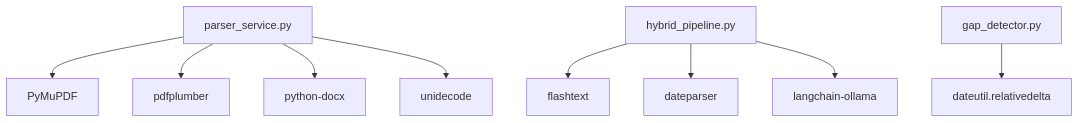
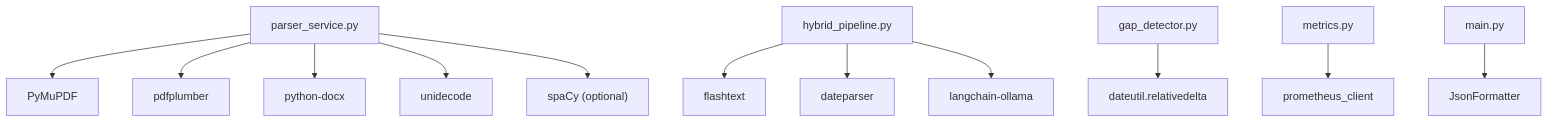
Diagram 11 of 11 in .qoder/repowiki/en/content/Analysis Engine/Parser Service.md (Revanththetalogics/aireume), drawn with Mermaid before and after one commit. The commit also changed other lines of this file and 33 other files, not shown here.

````diff
--- a/.qoder/repowiki/en/content/Analysis Engine/Parser Service.md
+++ b/.qoder/repowiki/en/content/Analysis Engine/Parser Service.md
@@ -352,11 +470,14 @@
 ```mermaid
 graph TB
 P["parser_service.py"] --> PM["PyMuPDF"]
 P --> PP["pdfplumber"]
 P --> WD["python-docx"]
 P --> UD["unidecode"]
+P --> SPACY["spaCy (optional)"]
 HP["hybrid_pipeline.py"] --> FT["flashtext"]
 HP --> DP["dateparser"]
 HP --> LC["langchain-ollama"]
 GD["gap_detector.py"] --> DU["dateutil.relativedelta"]
+METRICS["metrics.py"] --> PC["prometheus_client"]
+MAIN["main.py"] --> JF["JsonFormatter"]
 ```
````
